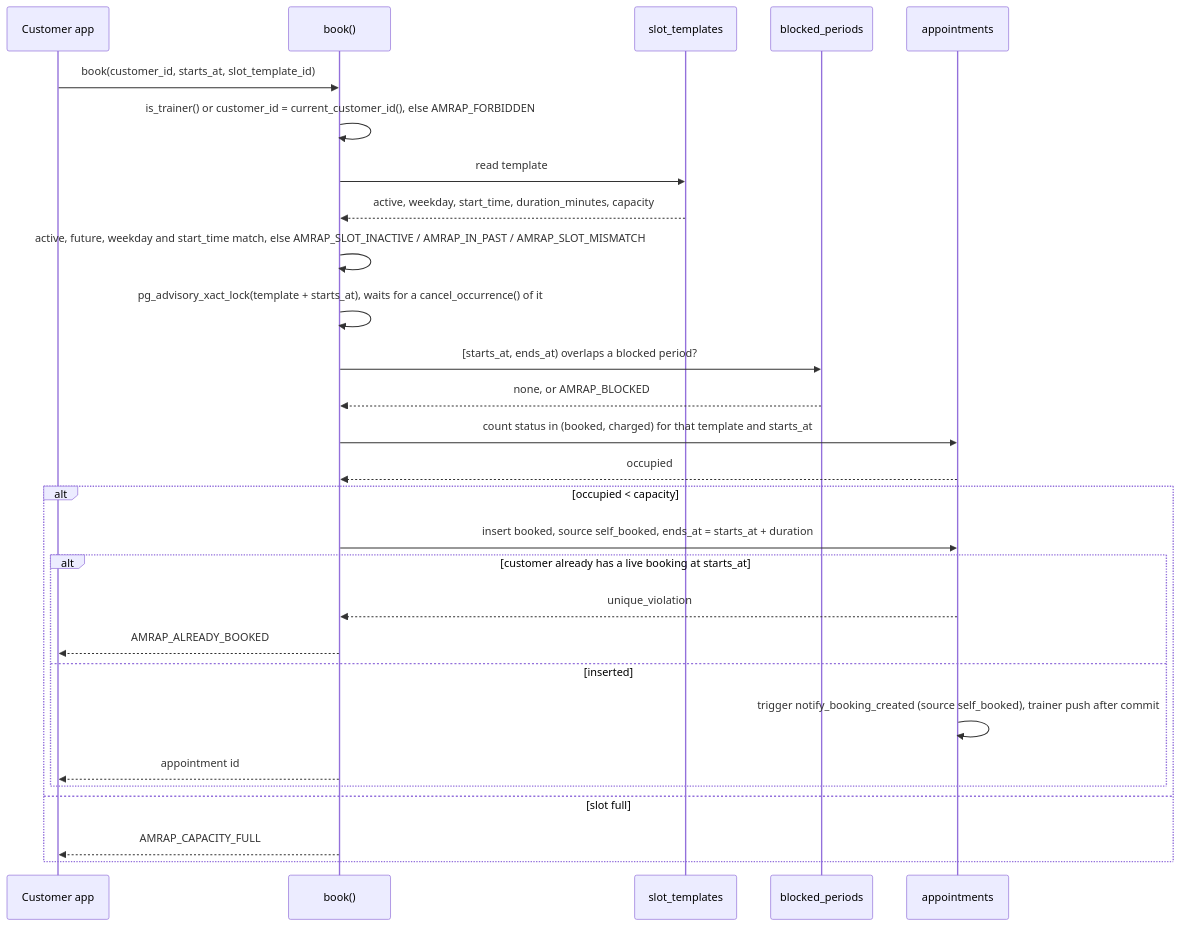
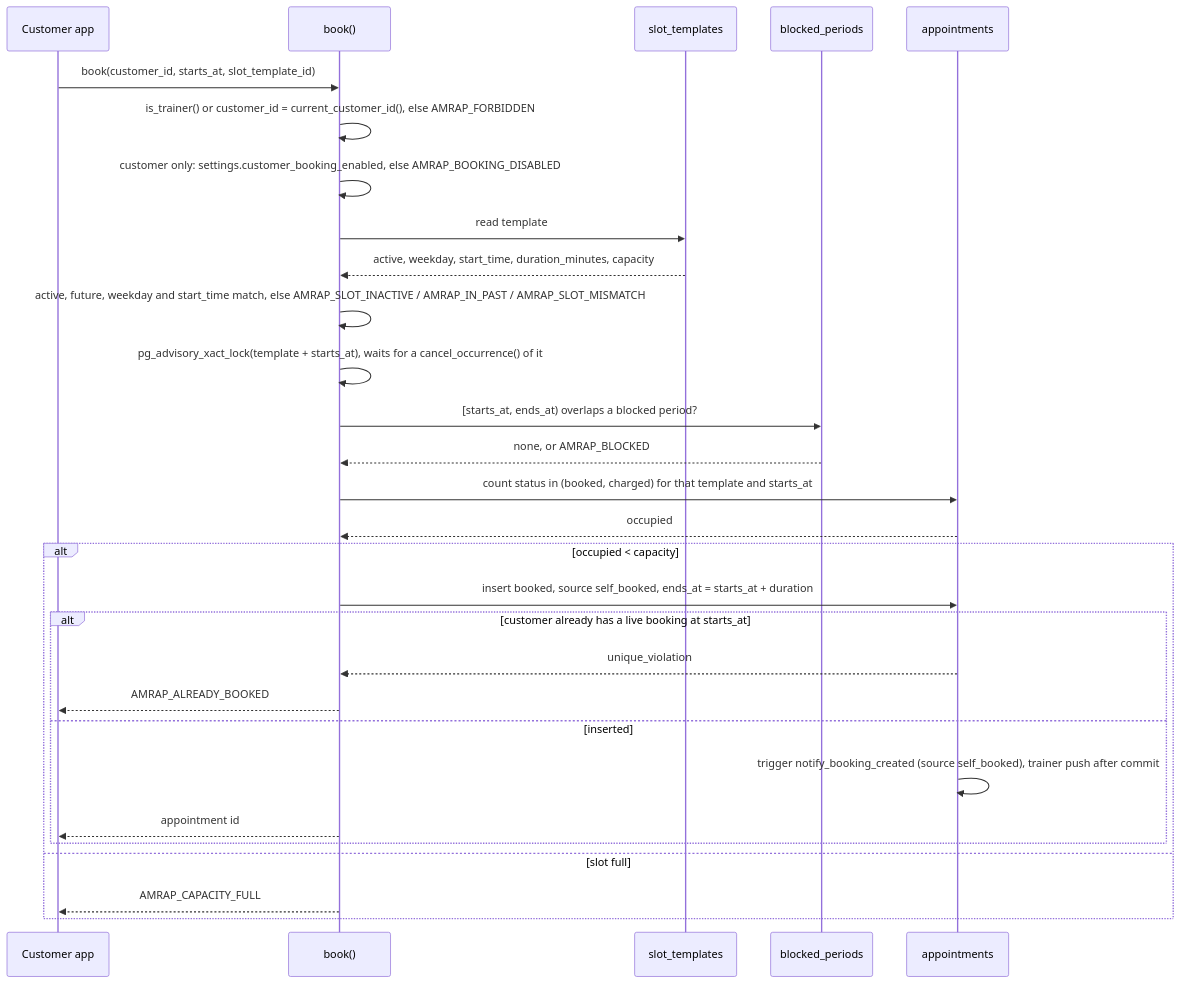
One commit to JasaGlazar/amrap changed the diagram in docs/architecture/booking-sequence.md. Above: the diagram before and after it, drawn with Mermaid. The commit also changed other lines of this file and 20 other files, not shown here.

First line of the commit message:
feat: turn customer booking off by a setting and set the cutoff to 8 hours

````diff
--- a/docs/architecture/booking-sequence.md
+++ b/docs/architecture/booking-sequence.md
@@ -18,31 +19,32 @@
 ```mermaid
 sequenceDiagram
     participant C as Customer app
     participant B as book()
     participant S as slot_templates
     participant BP as blocked_periods
     participant A as appointments
 
     C->>B: book(customer_id, starts_at, slot_template_id)
     B->>B: is_trainer() or customer_id = current_customer_id(), else AMRAP_FORBIDDEN
+    B->>B: customer only: settings.customer_booking_enabled, else AMRAP_BOOKING_DISABLED
     B->>S: read template
     S-->>B: active, weekday, start_time, duration_minutes, capacity
     B->>B: active, future, weekday and start_time match, else AMRAP_SLOT_INACTIVE / AMRAP_IN_PAST / AMRAP_SLOT_MISMATCH
     B->>B: pg_advisory_xact_lock(template + starts_at), waits for a cancel_occurrence() of it
     B->>BP: [starts_at, ends_at) overlaps a blocked period?
     BP-->>B: none, or AMRAP_BLOCKED
     B->>A: count status in (booked, charged) for that template and starts_at
     A-->>B: occupied
     alt occupied < capacity
         B->>A: insert booked, source self_booked, ends_at = starts_at + duration
         alt customer already has a live booking at starts_at
             A-->>B: unique_violation
             B-->>C: AMRAP_ALREADY_BOOKED
         else inserted
             A->>A: trigger notify_booking_created (source self_booked), trainer push after commit
             B-->>C: appointment id
         end
     else slot full
         B-->>C: AMRAP_CAPACITY_FULL
     end
 ```
````
